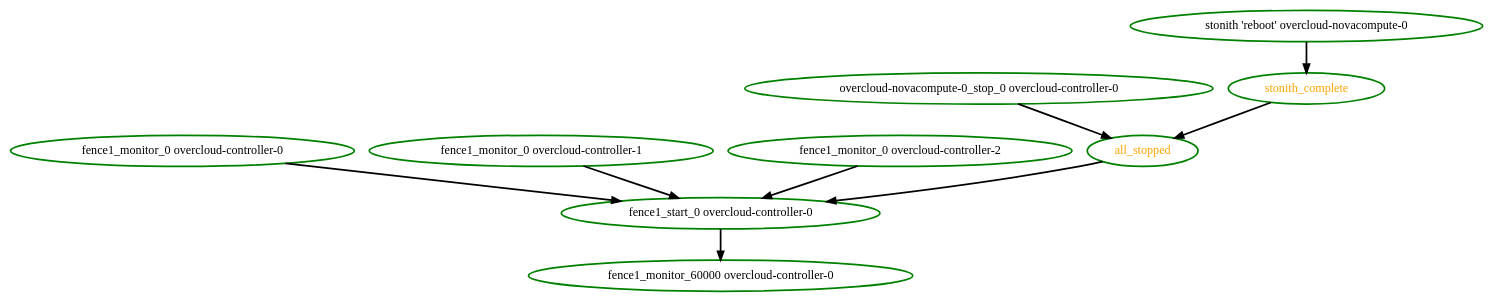
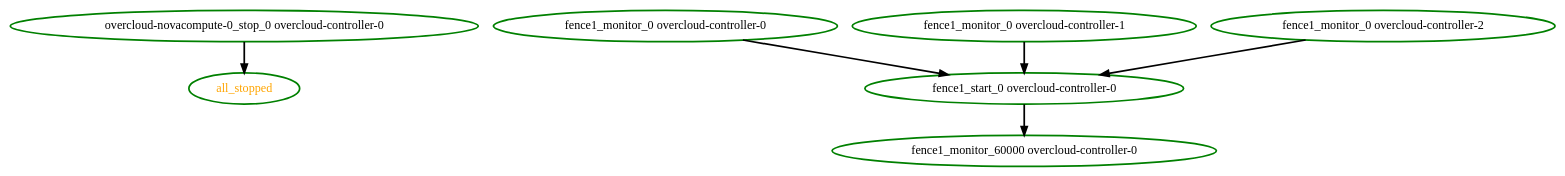
Before and after one commit to ClusterLabs/pacemaker: the diagram in pengine/test10/remote-fence-unclean-3.dot, drawn with Graphviz. The commit also changed 3 other files, not shown here.

```diff
--- a/pengine/test10/remote-fence-unclean-3.dot
+++ b/pengine/test10/remote-fence-unclean-3.dot
@@ -1,19 +1,14 @@
 digraph "g" {
-"all_stopped" -> "fence1_start_0 overcloud-controller-0" [ style = bold]
 "all_stopped" [ style=bold color="green" fontcolor="orange"]
 "fence1_monitor_0 overcloud-controller-0" -> "fence1_start_0 overcloud-controller-0" [ style = bold]
 "fence1_monitor_0 overcloud-controller-0" [ style=bold color="green" fontcolor="black"]
 "fence1_monitor_0 overcloud-controller-1" -> "fence1_start_0 overcloud-controller-0" [ style = bold]
 "fence1_monitor_0 overcloud-controller-1" [ style=bold color="green" fontcolor="black"]
 "fence1_monitor_0 overcloud-controller-2" -> "fence1_start_0 overcloud-controller-0" [ style = bold]
 "fence1_monitor_0 overcloud-controller-2" [ style=bold color="green" fontcolor="black"]
 "fence1_monitor_60000 overcloud-controller-0" [ style=bold color="green" fontcolor="black"]
 "fence1_start_0 overcloud-controller-0" -> "fence1_monitor_60000 overcloud-controller-0" [ style = bold]
 "fence1_start_0 overcloud-controller-0" [ style=bold color="green" fontcolor="black"]
 "overcloud-novacompute-0_stop_0 overcloud-controller-0" -> "all_stopped" [ style = bold]
 "overcloud-novacompute-0_stop_0 overcloud-controller-0" [ style=bold color="green" fontcolor="black"]
-"stonith 'reboot' overcloud-novacompute-0" -> "stonith_complete" [ style = bold]
-"stonith 'reboot' overcloud-novacompute-0" [ style=bold color="green" fontcolor="black"]
-"stonith_complete" -> "all_stopped" [ style = bold]
-"stonith_complete" [ style=bold color="green" fontcolor="orange"]
 }
```
